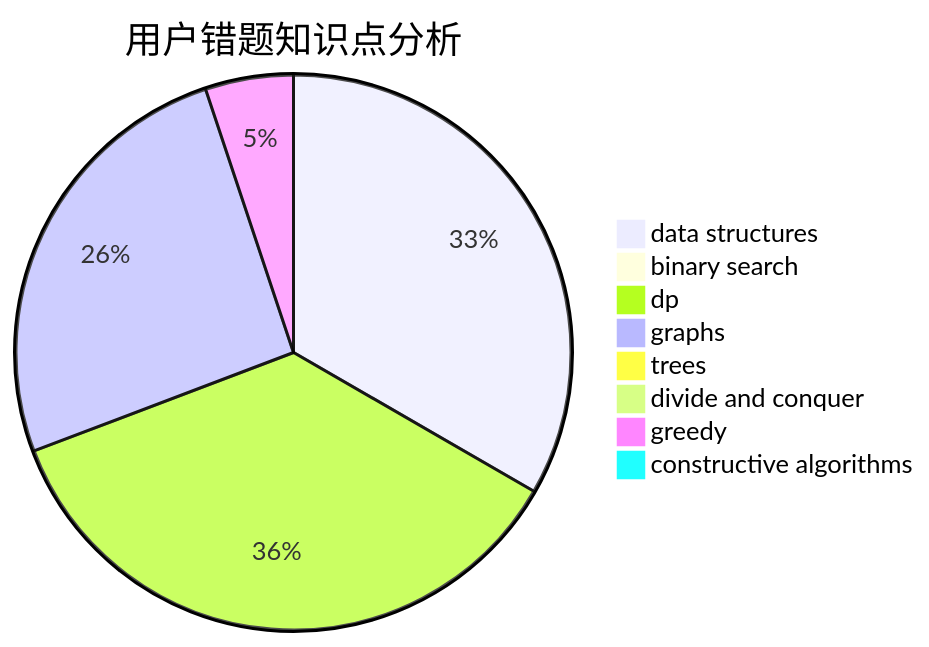
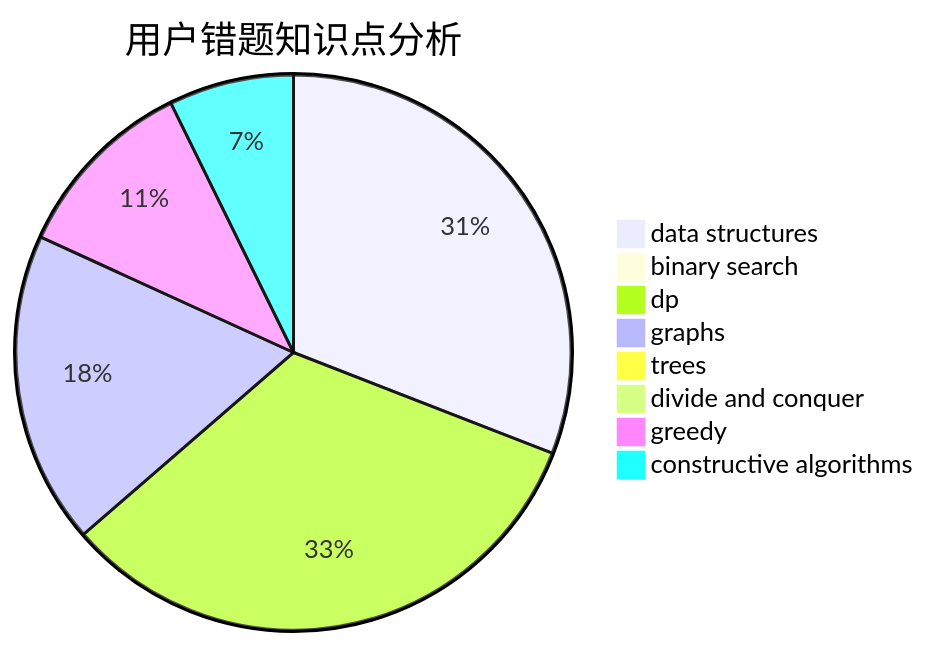
One commit to sherpahu/cfrs.github.io changed the third of 3 diagrams in docs/user/u117.md. Above: the diagram before and after it, drawn with Mermaid. The commit also changed other lines of this file and 2770 other files, not shown here.

````diff
--- a/docs/user/u117.md
+++ b/docs/user/u117.md
@@ -36,11 +36,11 @@
 ```mermaid
 pie title 用户错题知识点分析
-    "data structures" :  13
+    "data structures" :  17
     "binary search" :  0
-    "dp" :  14
+    "dp" :  18
     "graphs" :  10
     "trees" :  0
     "divide and conquer" :  0
-    "greedy" :  2
-    "constructive algorithms" :  0
+    "greedy" :  6
+    "constructive algorithms" :  4
 ```
````
